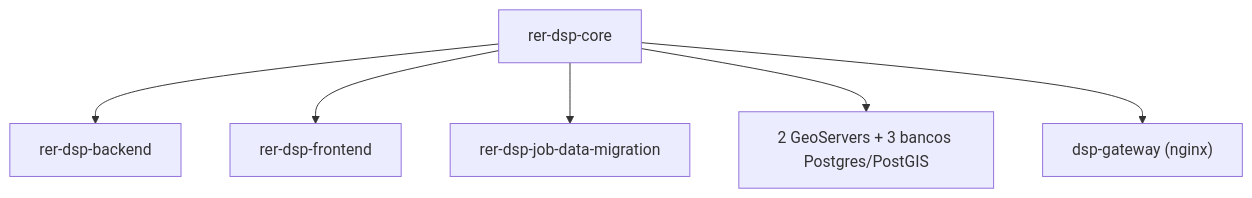
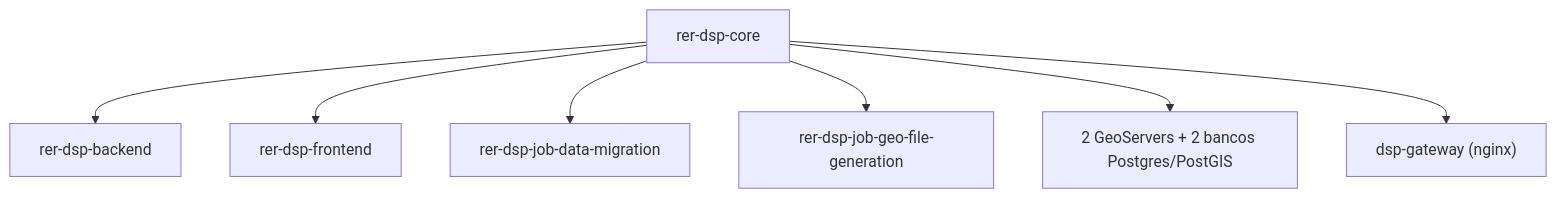
The first of 3 diagrams in docs/modules/core.md (kleber-albino/rer-dsp-docs), drawn with Mermaid before and after one commit. The commit also changed other lines of this file and 7 other files, not shown here.

First line of the commit message:
docs: update documentation for new geo-file generation job integration

````diff
--- a/docs/modules/core.md
+++ b/docs/modules/core.md
@@ -9,15 +9,17 @@
 ```mermaid
 flowchart TD
   core["rer-dsp-core"]
   be["rer-dsp-backend"]
   fe["rer-dsp-frontend"]
   job["rer-dsp-job-data-migration"]
-  gs["2 GeoServers + 3 bancos Postgres/PostGIS"]
+  geoFile["rer-dsp-job-geo-file-generation"]
+  gs["2 GeoServers + 2 bancos Postgres/PostGIS"]
   gw["dsp-gateway (nginx)"]
 
   core --> be
   core --> fe
   core --> job
+  core --> geoFile
   core --> gs
   core --> gw
 ```
````
